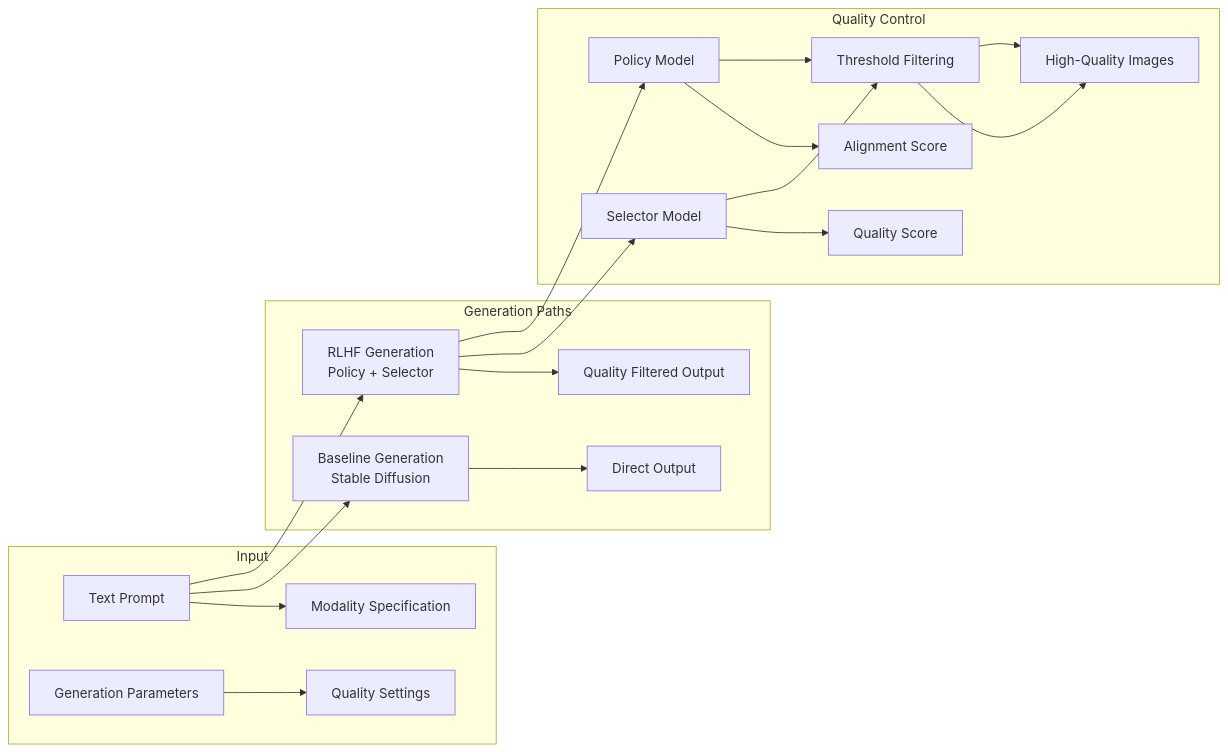
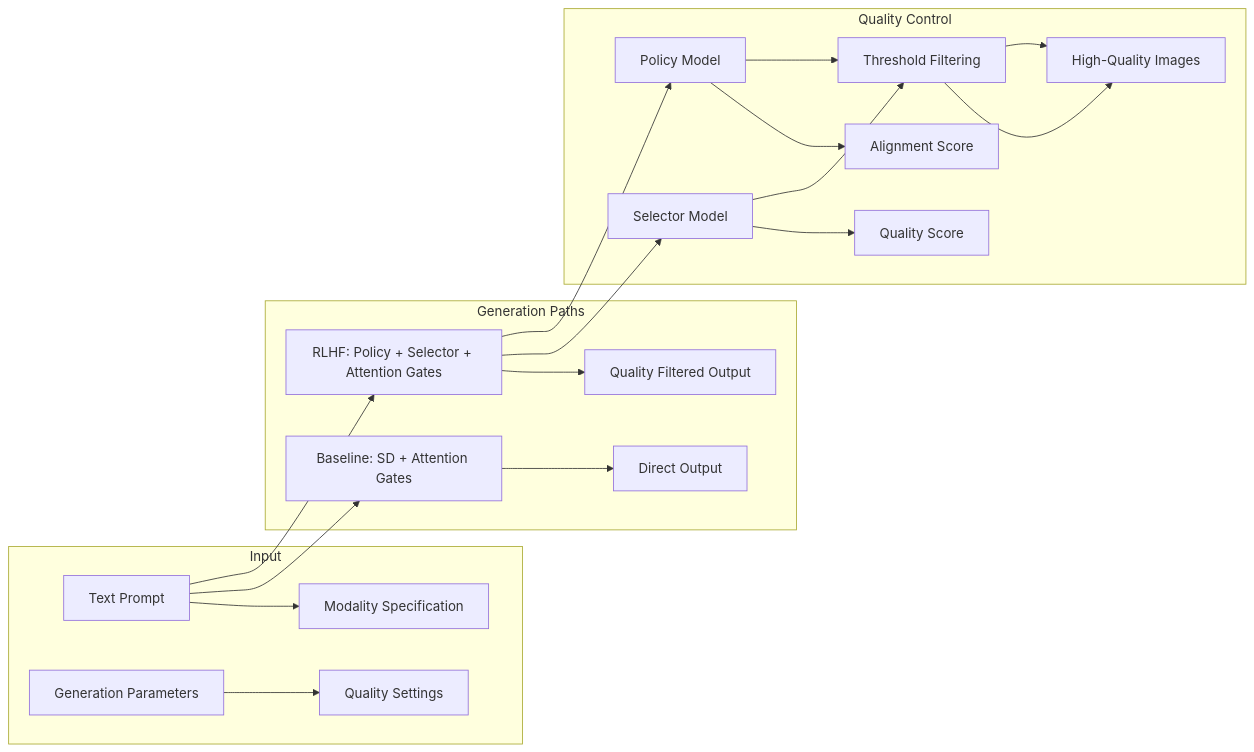
Before and after one commit to harsh-ps-2003/CS787: the second of 5 diagrams in README.md, drawn with Mermaid. The commit also changed other lines of this file and 1 other file, not shown here.

````diff
--- a/README.md
+++ b/README.md
@@ -50,26 +50,26 @@
 ```mermaid
 graph LR
     subgraph "Input"
         A[Text Prompt] --> B[Modality Specification]
         C[Generation Parameters] --> D[Quality Settings]
     end
     
     subgraph "Generation Paths"
-        E[Baseline Generation<br/>Stable Diffusion] --> F[Direct Output]
-        G[RLHF Generation<br/>Policy + Selector] --> H[Quality Filtered Output]
+        E[Baseline: SD + Attention Gates] --> F[Direct Output]
+        G[RLHF: Policy + Selector + Attention Gates] --> H[Quality Filtered Output]
     end
     
     subgraph "Quality Control"
         I[Selector Model] --> J[Quality Score]
         K[Policy Model] --> L[Alignment Score]
         M[Threshold Filtering] --> N[High-Quality Images]
     end
     
     A --> E
     A --> G
     G --> I
     G --> K
     I --> M
     K --> M
     M --> N
 ```
````
